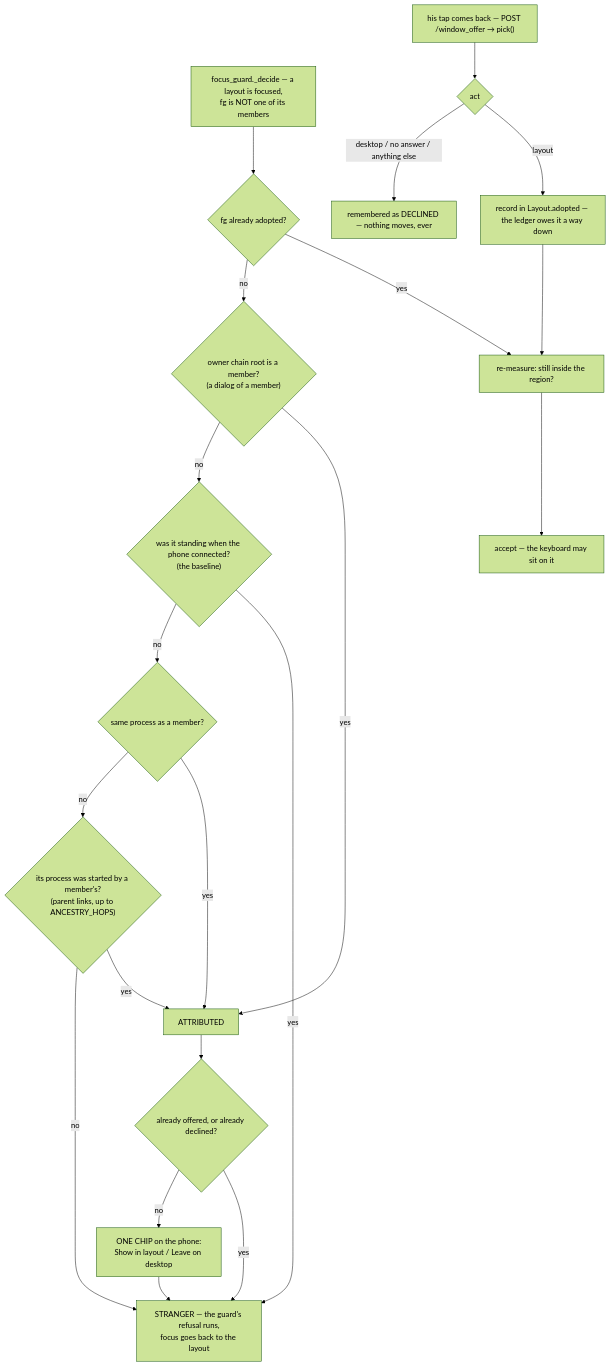
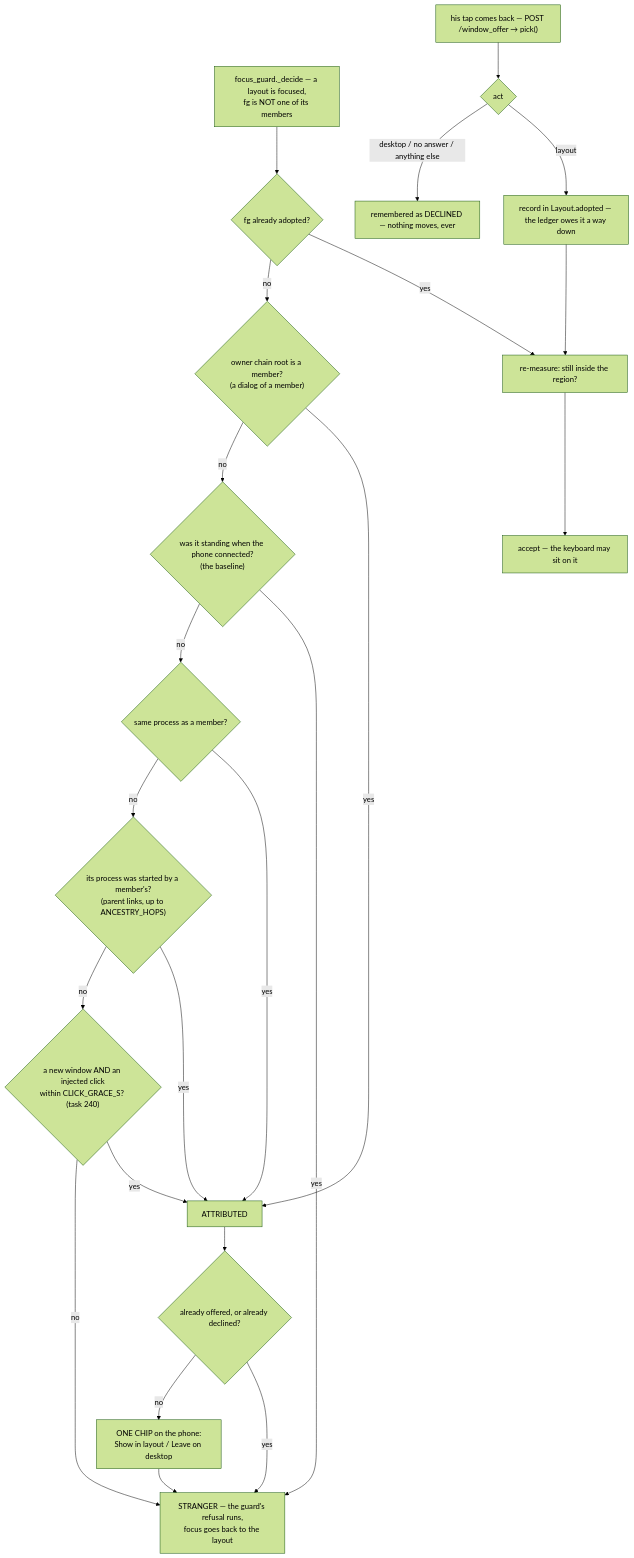
The first of 4 diagrams in server/__flow/layout_popup.md (UVuruna/Remote-User), drawn with Mermaid (forest theme) before and after one commit. The commit also changed other lines of this file and 3 other files, not shown here.

````diff
--- a/server/__flow/layout_popup.md
+++ b/server/__flow/layout_popup.md
@@ -7,23 +7,25 @@
 ```mermaid
 flowchart TB
     A["focus_guard._decide — a layout is focused,<br/>fg is NOT one of its members"] --> B{"fg already adopted?"}
     B -- yes --> C["re-measure: still inside the region?"]
     C --> Z["accept — the keyboard may sit on it"]
     B -- no --> D{"owner chain root is a member?<br/>(a dialog of a member)"}
     D -- yes --> P["ATTRIBUTED"]
     D -- no --> E{"was it standing when the phone connected?<br/>(the baseline)"}
     E -- yes --> X["STRANGER — the guard's refusal runs,<br/>focus goes back to the layout"]
     E -- no --> F{"same process as a member?"}
     F -- yes --> P
     F -- no --> G{"its process was started by a member's?<br/>(parent links, up to ANCESTRY_HOPS)"}
     G -- yes --> P
-    G -- no --> X
+    G -- no --> K{"a new window AND an injected click<br/>within CLICK_GRACE_S? (task 240)"}
+    K -- yes --> P
+    K -- no --> X
     P --> Q{"already offered, or already declined?"}
     Q -- yes --> X
     Q -- no --> O["ONE CHIP on the phone:<br/>Show in layout / Leave on desktop"]
     O --> X
     T["his tap comes back — POST /window_offer → pick()"] --> U{"act"}
     U -- "layout" --> H["record in Layout.adopted — the ledger owes it a way down"]
     U -- "desktop / no answer / anything else" --> V["remembered as DECLINED — nothing moves, ever"]
     H --> C
 ```
````
